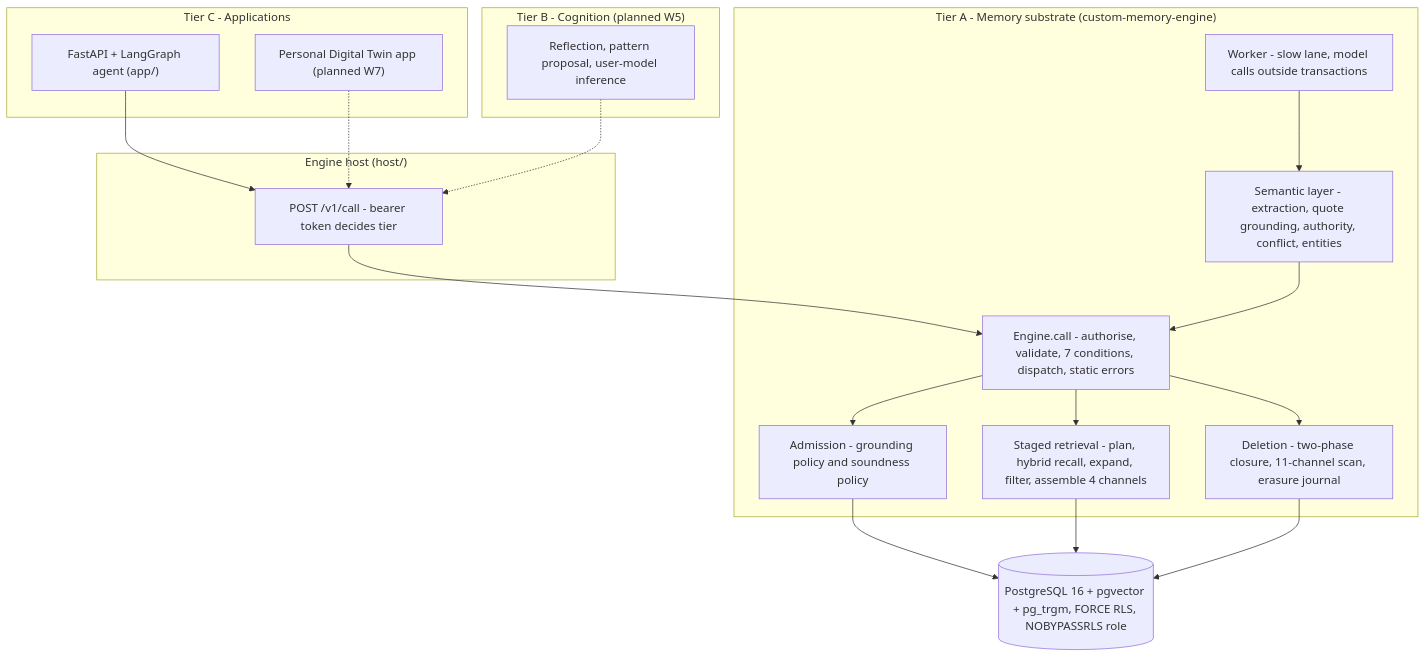
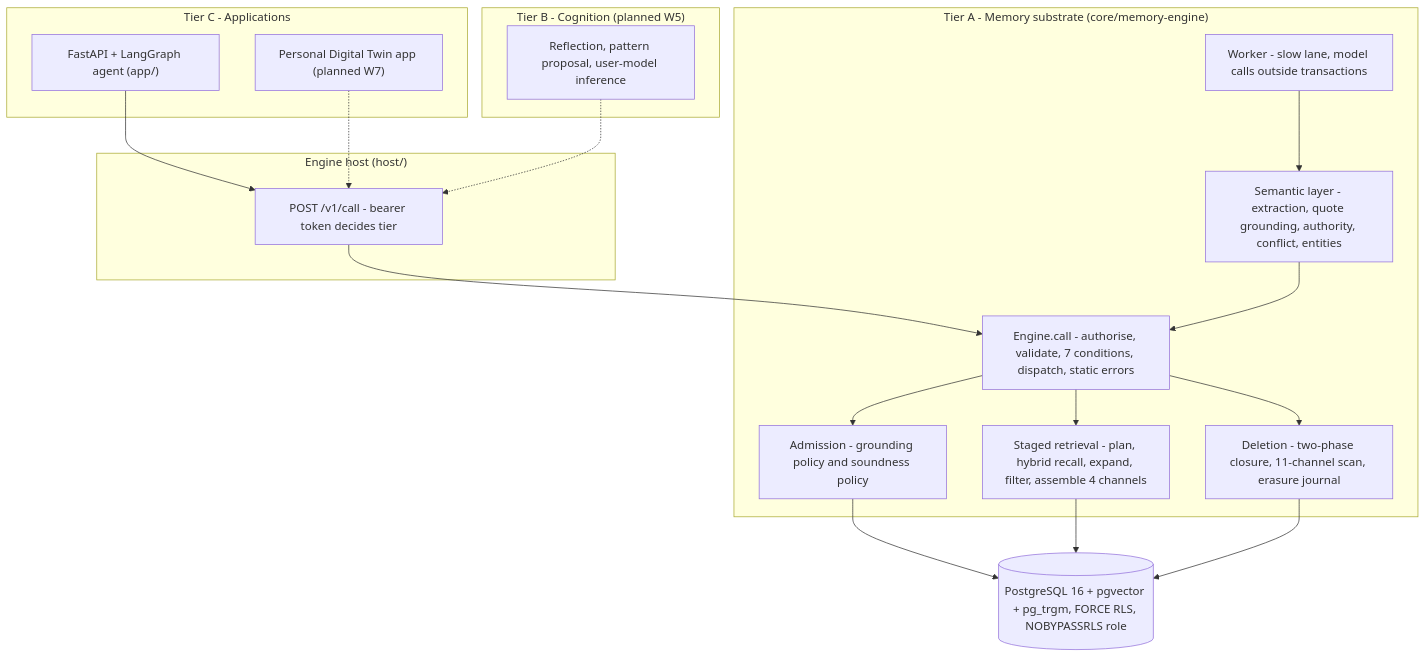
Before and after one commit to eMinders/ChronaMind: the first of 4 diagrams in SHOWCASE.md, drawn with Mermaid. The commit also changed other lines of this file and 1169 other files, not shown here.

Commit message:
refactor: make memory engine monorepo core

````diff
--- a/SHOWCASE.md
+++ b/SHOWCASE.md
@@ -158,34 +158,34 @@
 ```mermaid
 flowchart TB
     subgraph TierC["Tier C - Applications"]
         APP["FastAPI + LangGraph agent (app/)"]
         PDT["Personal Digital Twin app (planned W7)"]
     end
     subgraph TierB["Tier B - Cognition (planned W5)"]
         REFL["Reflection, pattern proposal, user-model inference"]
     end
     subgraph Host["Engine host (host/)"]
         HTTP["POST /v1/call - bearer token decides tier"]
     end
-    subgraph TierA["Tier A - Memory substrate (custom-memory-engine)"]
+    subgraph TierA["Tier A - Memory substrate (core/memory-engine)"]
         DOOR["Engine.call - authorise, validate, 7 conditions, dispatch, static errors"]
         SEM["Semantic layer - extraction, quote grounding, authority, conflict, entities"]
         GATE["Admission - grounding policy and soundness policy"]
         RET["Staged retrieval - plan, hybrid recall, expand, filter, assemble 4 channels"]
         DEL["Deletion - two-phase closure, 11-channel scan, erasure journal"]
         WORK["Worker - slow lane, model calls outside transactions"]
     end
     PG[("PostgreSQL 16 + pgvector + pg_trgm, FORCE RLS, NOBYPASSRLS role")]
     APP --> HTTP
     PDT -.-> HTTP
     REFL -.-> HTTP
     HTTP --> DOOR
     SEM --> DOOR
     WORK --> SEM
     DOOR --> GATE
     DOOR --> RET
     DOOR --> DEL
     GATE --> PG
     RET --> PG
     DEL --> PG
 ```
````
